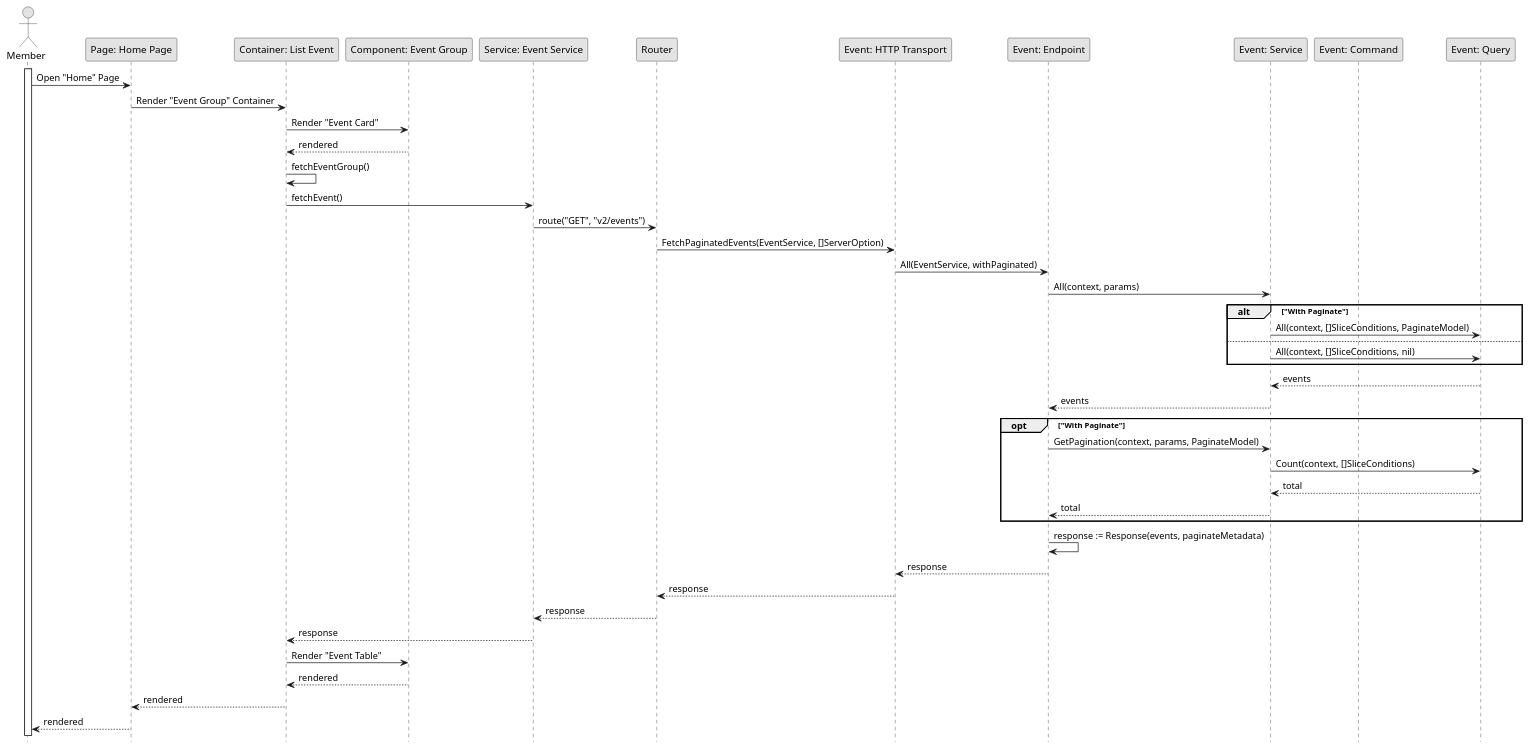
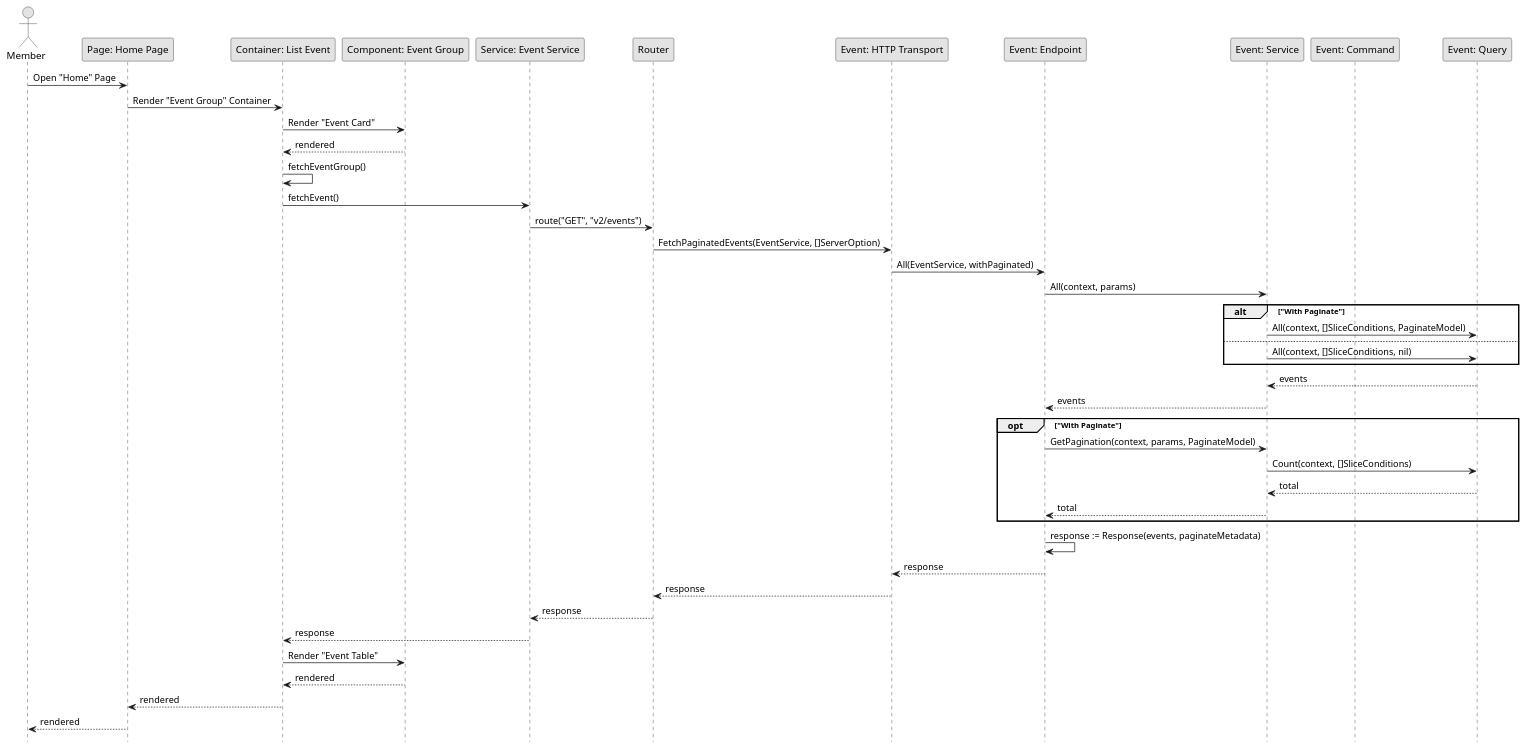
Before and after one commit to fwidjaya20/fazzlearning-uml: the diagram in Sequence/Release01/GetEvent_Member.wsd, drawn with PlantUML. The commit also changed 32 other files, not shown here.

Commit message:
fix(diagram): remove lifeline

```diff
--- a/Sequence/Release01/GetEvent_Member.wsd
+++ b/Sequence/Release01/GetEvent_Member.wsd
@@ -1,57 +1,55 @@
 @startuml GetEvent_Member
 
 skinparam Monochrome true
 skinparam Shadowing false
 hide footbox
 
 actor Member
 participant "Page: Home Page" as HomePage
 participant "Container: List Event" as ListEventContainer
 participant "Component: Event Group" as EventGroup
 participant "Service: Event Service" as FEEventService
 participant "Router" as Router
 participant "Event: HTTP Transport" as EventHTTPTransport
 participant "Event: Endpoint" as EventEndpoint
 participant "Event: Service" as EventService
 participant "Event: Command" as EventCommand
 participant "Event: Query" as EventQuery
-
-activate Member
 
 Member->HomePage: Open "Home" Page
 HomePage->ListEventContainer: Render "Event Group" Container
 ListEventContainer->EventGroup: Render "Event Card"
 EventGroup-->ListEventContainer: rendered
 ListEventContainer->ListEventContainer: fetchEventGroup()
 ListEventContainer->FEEventService: fetchEvent()
 FEEventService->Router: route("GET", "v2/events")
 Router->EventHTTPTransport: FetchPaginatedEvents(EventService, []ServerOption)
 EventHTTPTransport->EventEndpoint: All(EventService, withPaginated)
 EventEndpoint->EventService: All(context, params)
 
 alt "With Paginate"
     EventService->EventQuery: All(context, []SliceConditions, PaginateModel)
 else
     EventService->EventQuery: All(context, []SliceConditions, nil)
 end
 EventQuery-->EventService: events
 EventService-->EventEndpoint: events
 
 opt "With Paginate"
     EventEndpoint->EventService: GetPagination(context, params, PaginateModel)
     EventService->EventQuery: Count(context, []SliceConditions)
     EventQuery-->EventService: total
     EventService-->EventEndpoint: total
 end
 
 EventEndpoint->EventEndpoint: response := Response(events, paginateMetadata)
 EventEndpoint-->EventHTTPTransport: response
 EventHTTPTransport-->Router: response
 Router-->FEEventService: response
 FEEventService-->ListEventContainer: response
 ListEventContainer->EventGroup: Render "Event Table"
 EventGroup-->ListEventContainer: rendered
 ListEventContainer-->HomePage: rendered
 HomePage-->Member: rendered
 
 @enduml
```
